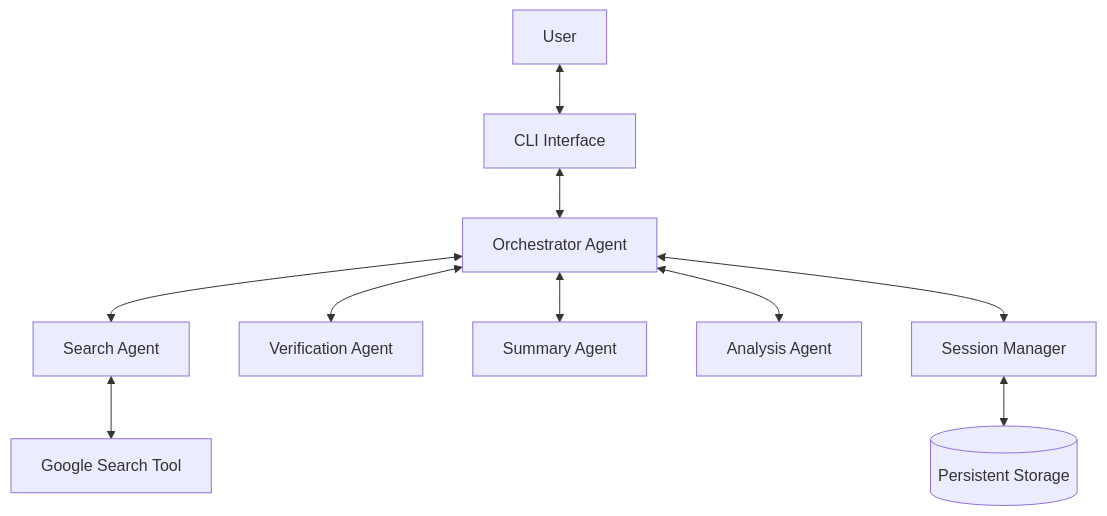
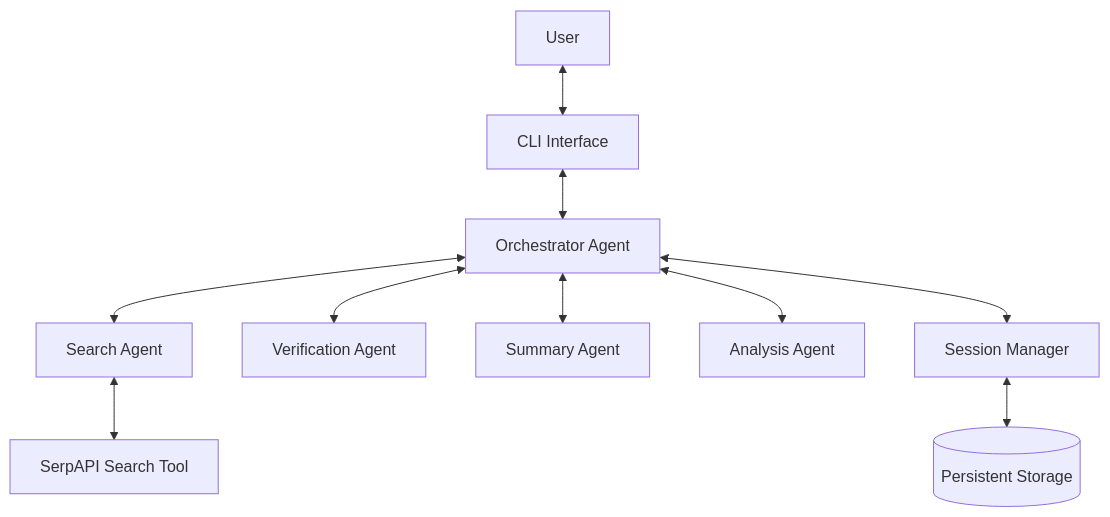
The diagram in smart-research-assistant/README.md (nthai-resola/agent-development-kit-crash-course), drawn with Mermaid before and after one commit. The commit also changed other lines of this file and 20 other files, not shown here.

````diff
--- a/smart-research-assistant/README.md
+++ b/smart-research-assistant/README.md
@@ -44,12 +49,12 @@
 ```mermaid
 graph TD
     User[User] <--> CLI[CLI Interface]
     CLI <--> Orchestrator[Orchestrator Agent]
     Orchestrator <--> SearchAgent[Search Agent]
     Orchestrator <--> VerificationAgent[Verification Agent]
     Orchestrator <--> SummaryAgent[Summary Agent]
     Orchestrator <--> AnalysisAgent[Analysis Agent]
-    SearchAgent <--> SearchTool[Google Search Tool]
+    SearchAgent <--> SearchTool[SerpAPI Search Tool]
     Orchestrator <--> SessionManager[Session Manager]
     SessionManager <--> Storage[(Persistent Storage)]
 ```
````
